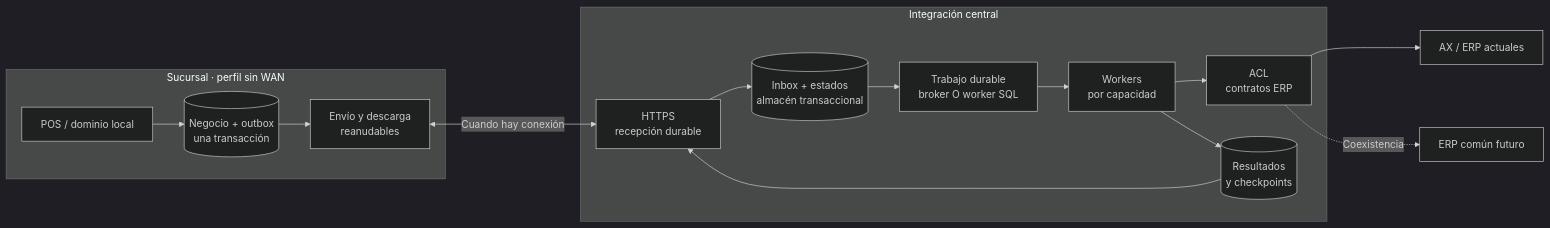
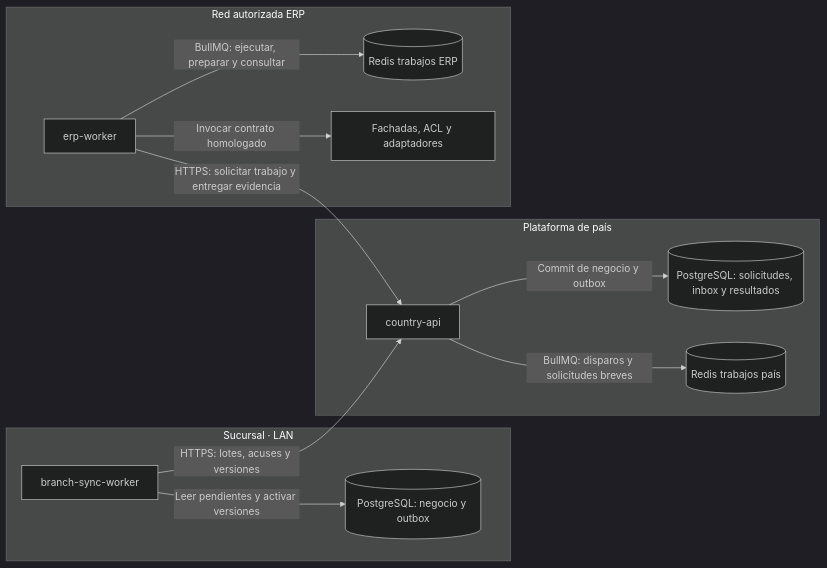
The diagram in docs/investigacion-mensajeria-pos.md (developer-implementos/pos-docs), drawn with Mermaid (dark theme) before and after one commit. The commit also changed other lines of this file and 94 other files, not shown here.

Commit message:
docs: select BullMQ and dedicated Redis for job processing

````diff
--- a/docs/investigacion-mensajeria-pos.md
+++ b/docs/investigacion-mensajeria-pos.md
@@ -124,18 +105,24 @@
 ```mermaid
 flowchart LR
-    subgraph tienda["Sucursal · perfil sin WAN"]
-        pos["POS / dominio local"] --> db[("Negocio + outbox<br/>una transacción")]
-        db --> sync["Envío y descarga<br/>reanudables"]
+    subgraph Branch["Sucursal · LAN"]
+        db[("PostgreSQL: negocio y outbox")]
+        sync["branch-sync-worker"]
+        sync -->|"Leer pendientes y activar versiones"| db
     end
-    subgraph central["Integración central"]
-        api["HTTPS<br/>recepción durable"] --> inbox[("Inbox + estados<br/>almacén transaccional")]
-        inbox --> work["Trabajo durable<br/>broker O worker SQL"]
-        work --> worker["Workers<br/>por capacidad"]
-        worker --> acl["ACL<br/>contratos ERP"]
-        worker --> result[("Resultados<br/>y checkpoints")]
+    subgraph Country["Plataforma de país"]
+        api["country-api"]
+        pg[("PostgreSQL: solicitudes, inbox y resultados")]
+        cq[("Redis trabajos país")]
+        api -->|"Commit de negocio y outbox"| pg
+        api -->|"BullMQ: disparos y solicitudes breves"| cq
     end
-    sync <-->|"Cuando hay conexión"| api
-    result --> api
-    acl --> old["AX / ERP actuales"]
-    acl -. "Coexistencia" .-> next["ERP común futuro"]
+    subgraph ERP["Red autorizada ERP"]
+        worker["erp-worker"]
+        eq[("Redis trabajos ERP")]
+        adapter["Fachadas, ACL y adaptadores"]
+        worker -->|"BullMQ: ejecutar, preparar y consultar"| eq
+        worker -->|"Invocar contrato homologado"| adapter
+    end
+    sync -->|"HTTPS: lotes, acuses y versiones"| api
+    worker -->|"HTTPS: solicitar trabajo y entregar evidencia"| api
 ```
````
